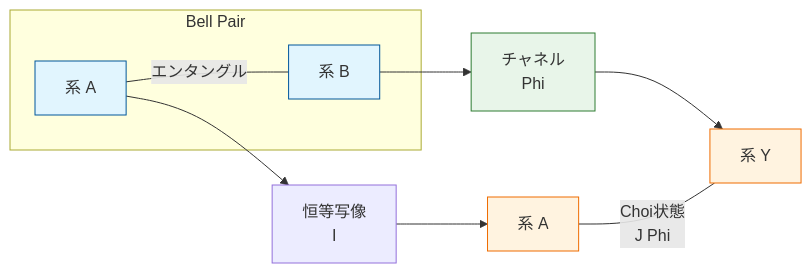
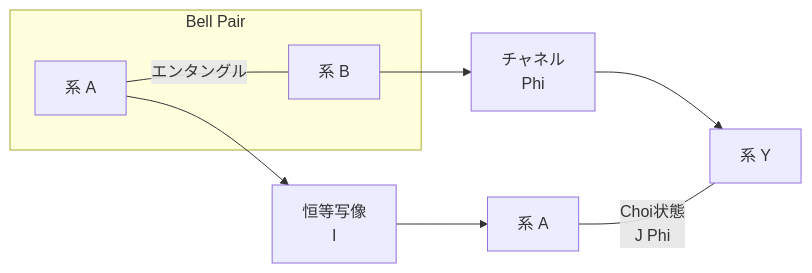
The second of 3 diagrams in quarto/textbook/chapter2/_2.2-quantum-channels.qmd (yama662607/Quantum-information), drawn with Mermaid before and after one commit. The commit also changed other lines of this file, not shown here.

Commit message:
docs(2.2): mermaidスタイル削除（just check対応）

````diff
--- a/quarto/textbook/chapter2/_2.2-quantum-channels.qmd
+++ b/quarto/textbook/chapter2/_2.2-quantum-channels.qmd
@@ -215,25 +215,20 @@
 ```{mermaid}
 %%| label: fig-choi-isomorphism
 %%| fig-cap: "Choi同型 (Channel-State Duality): 最大エンタングル状態 $|\\Gamma\\rangle$ の片割れにチャネル $\\Phi$ を適用することで、チャネルの情報をすべて含んだ量子状態 $J(\\Phi)$ （Choi状態）が得られます。"
 graph LR
     subgraph BellPair [Bell Pair]
         A[系 A]
         B[系 B]
     end
 
     A ---|エンタングル| B
 
     A --> Identity[恒等写像<br>I]
     B --> Channel[チャネル<br>Phi]
 
     Identity --> OutA[系 A]
     Channel --> OutB[系 Y]
 
     OutA ---|Choi状態<br>J Phi| OutB
 
-    style A fill:#e1f5fe,stroke:#01579b
-    style B fill:#e1f5fe,stroke:#01579b
-    style Channel fill:#e8f5e9,stroke:#2e7d32
-    style OutA fill:#fff3e0,stroke:#ef6c00
-    style OutB fill:#fff3e0,stroke:#ef6c00
 ```
````
